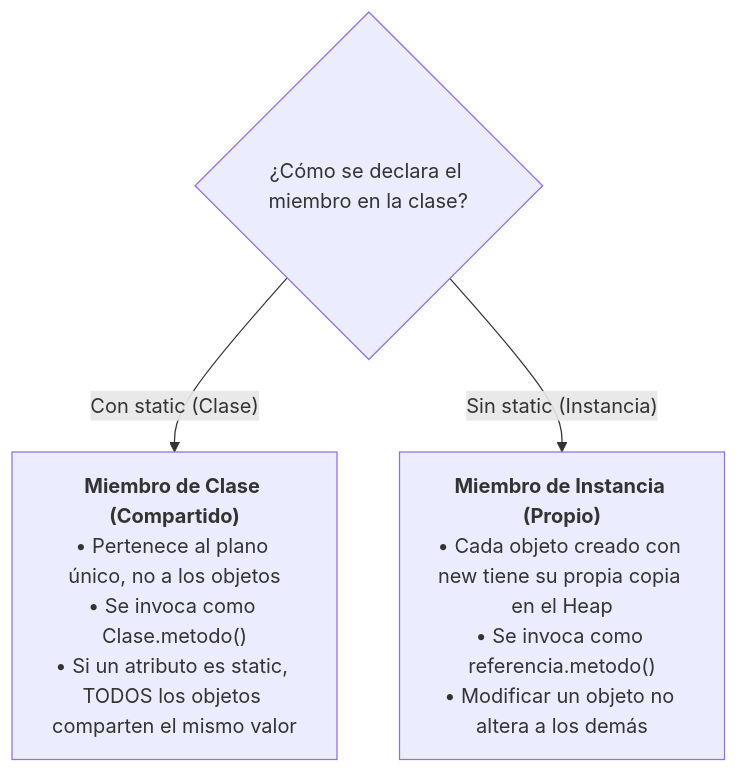
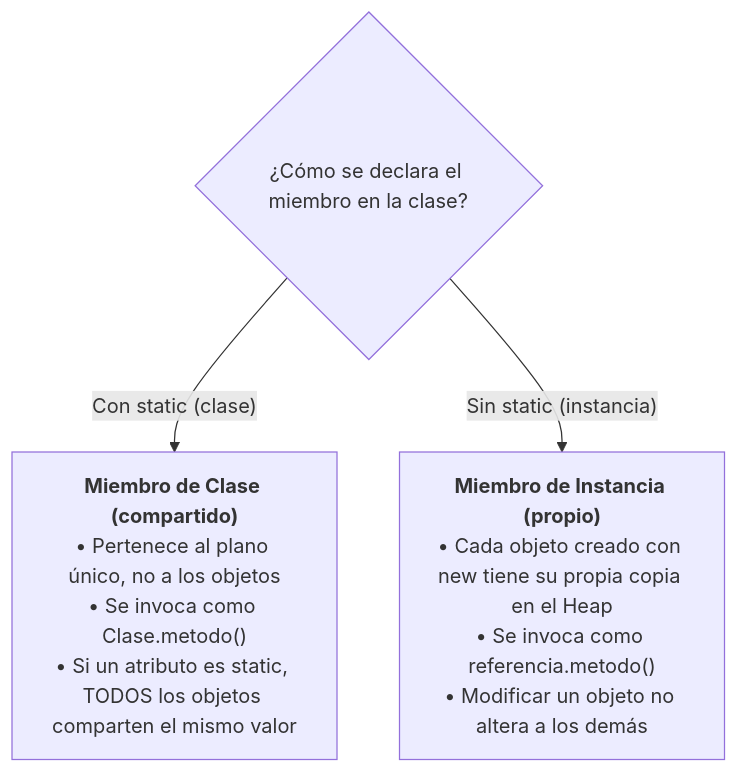
One commit to garmarcj/DAM-PR-20262027 changed the second of 16 diagrams in docs/unidad4.md. Above: the diagram before and after it, drawn with Mermaid. The commit also changed other lines of this file, not shown here.

````diff
--- a/docs/unidad4.md
+++ b/docs/unidad4.md
@@ -85,6 +87,6 @@
 ```mermaid
 flowchart TD
     Decision{"¿Cómo se declara el miembro en la clase?"}
-    Decision -- "Con static (Clase)" --> Estatico["<b>Miembro de Clase (Compartido)</b><br/>• Pertenece al plano único, no a los objetos<br/>• Se invoca como Clase.metodo()<br/>• Si un atributo es static, TODOS los objetos comparten el mismo valor"]
-    Decision -- "Sin static (Instancia)" --> Instancia["<b>Miembro de Instancia (Propio)</b><br/>• Cada objeto creado con new tiene su propia copia en el Heap<br/>• Se invoca como referencia.metodo()<br/>• Modificar un objeto no altera a los demás"]
+    Decision -- "Con static (clase)" --> Estatico["<b>Miembro de Clase (compartido)</b><br/>• Pertenece al plano único, no a los objetos<br/>• Se invoca como Clase.metodo()<br/>• Si un atributo es static, TODOS los objetos comparten el mismo valor"]
+    Decision -- "Sin static (instancia)" --> Instancia["<b>Miembro de Instancia (propio)</b><br/>• Cada objeto creado con new tiene su propia copia en el Heap<br/>• Se invoca como referencia.metodo()<br/>• Modificar un objeto no altera a los demás"]
 ```
````
